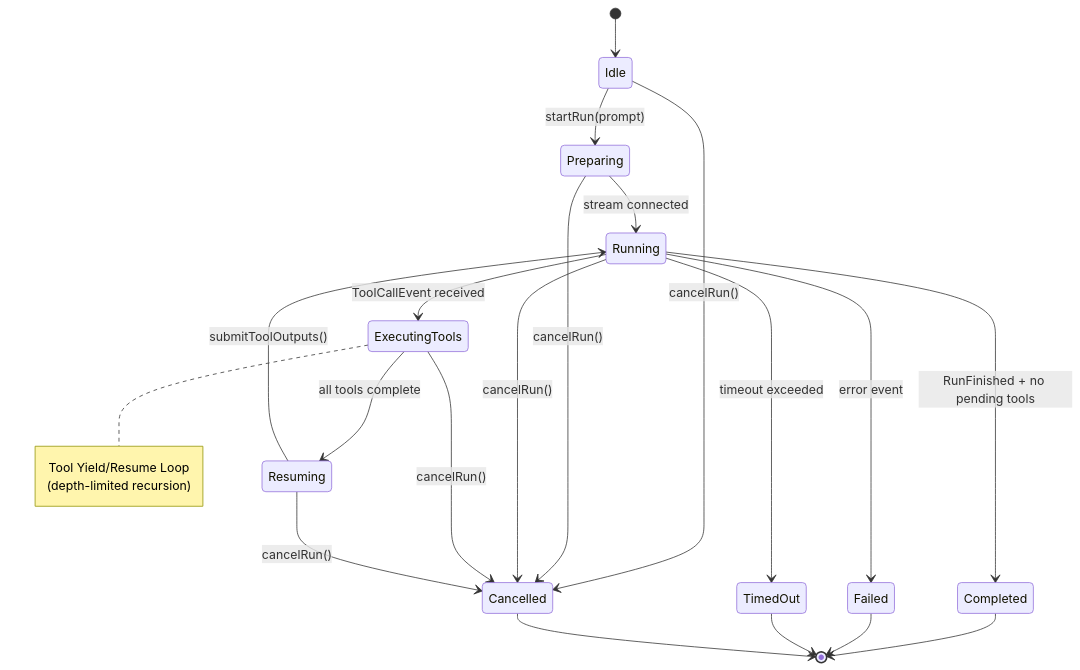
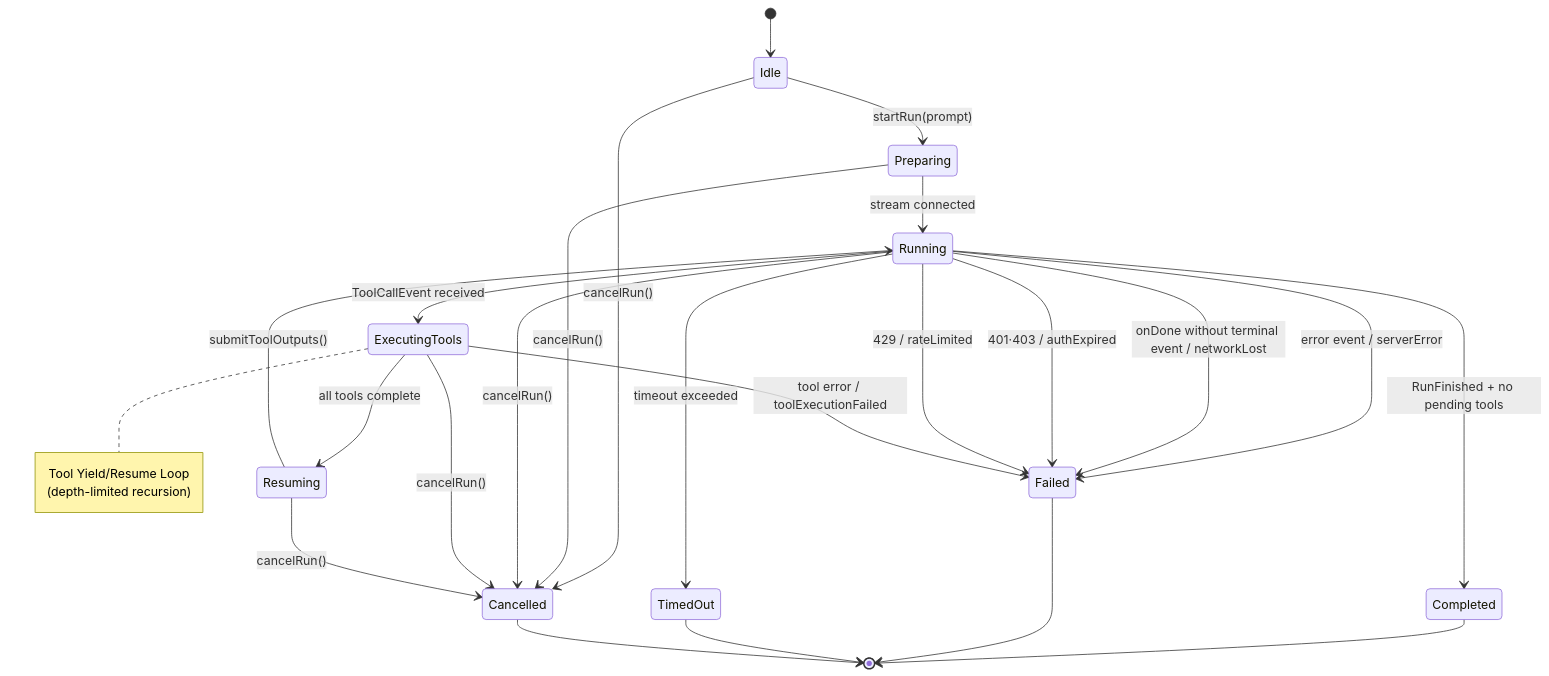
The second of 5 diagrams in docs/design/diagrams.md (runyaga/flutter), drawn with Mermaid before and after one commit. The commit also changed 1 other file, not shown here.

Commit message:
docs(design): add error handling contract for RunOrchestrator
5 critical failure scenarios specified with concrete contracts:
- Auth token expiry (401/403): classify as authExpired, preserve
  partial output, let Flutter redirect to login
- Network loss mid-stream: detect onDone without terminal event,
  fail as networkLost (NOT silent success)
- SSE reconnect: intentionally not supported, fail fast with retry
  action in UI. Future-proofed via PlatformConstraints flag
- Rate limiting (429): classify with Retry-After, no auto-retry
- Auth header injection: documented wiring responsibility

Added FailureReason enum to AgentFailure sealed class.
Updated state machine diagram with all failure transition paths.

````diff
--- a/docs/design/diagrams.md
+++ b/docs/design/diagrams.md
@@ -54,35 +54,39 @@
 ```mermaid
 stateDiagram-v2
     [*] --> Idle
 
     Idle --> Preparing : startRun(prompt)
     Preparing --> Running : stream connected
 
     Running --> ExecutingTools : ToolCallEvent received
     ExecutingTools --> Resuming : all tools complete
     Resuming --> Running : submitToolOutputs()
 
     Running --> Completed : RunFinished + no pending tools
-    Running --> Failed : error event
+    Running --> Failed : error event / serverError
+    Running --> Failed : onDone without terminal event / networkLost
+    Running --> Failed : 401·403 / authExpired
+    Running --> Failed : 429 / rateLimited
     Running --> TimedOut : timeout exceeded
+    ExecutingTools --> Failed : tool error / toolExecutionFailed
 
     Idle --> Cancelled : cancelRun()
     Preparing --> Cancelled : cancelRun()
     Running --> Cancelled : cancelRun()
     ExecutingTools --> Cancelled : cancelRun()
     Resuming --> Cancelled : cancelRun()
 
     Completed --> [*]
     Failed --> [*]
     TimedOut --> [*]
     Cancelled --> [*]
 
     note right of ExecutingTools
         Tool Yield/Resume Loop
         (depth-limited recursion)
     end note
 
     state "Running" as Running
     state "ExecutingTools" as ExecutingTools
     state "Resuming" as Resuming
 ```
````
